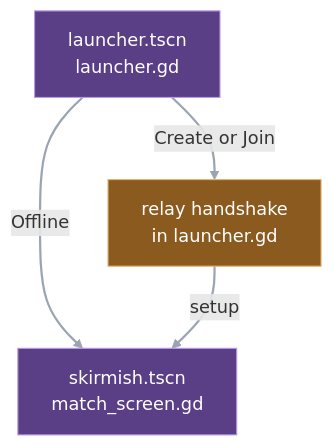
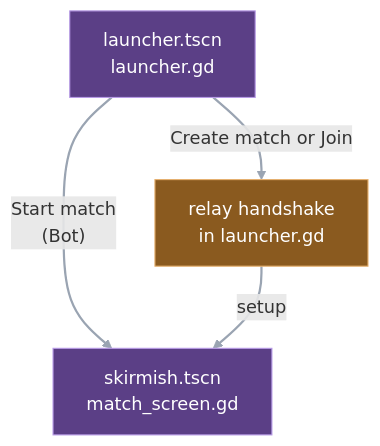
One commit to pdstuber/wargrid changed the second of 3 diagrams in docs/guide/05-presentation.md. Above: the diagram before and after it, drawn with Mermaid. The commit also changed other lines of this file and 7 other files, not shown here.

````diff
--- a/docs/guide/05-presentation.md
+++ b/docs/guide/05-presentation.md
@@ -141,11 +141,11 @@
 ```mermaid
 flowchart TD
-    launch["launcher.tscn<br/>launcher.gd"] -->|"Offline"| skirm["skirmish.tscn<br/>match_screen.gd"]
-    launch -->|"Create or Join"| relay["relay handshake<br/>in launcher.gd"]
+    launch["launcher.tscn<br/>launcher.gd"] -->|"Start match<br/>(Bot)"| skirm["skirmish.tscn<br/>match_screen.gd"]
+    launch -->|"Create match or Join"| relay["relay handshake<br/>in launcher.gd"]
     relay -->|"setup"| skirm
     classDef driver fill:#5b3f86,stroke:#b79ae6,color:#ffffff
     classDef net fill:#8a5a1f,stroke:#e6b06f,color:#ffffff
     class launch,skirm driver
     class relay net
     linkStyle default stroke:#9aa4b2,stroke-width:2px
 ```
````
